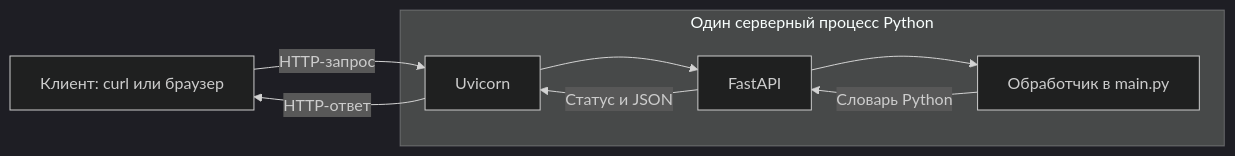
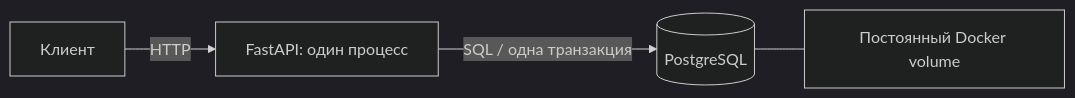
The diagram in README.md (Lev294/delivery-lab), drawn with Mermaid (dark theme) before and after one commit. The commit also changed other lines of this file and 26 other files, not shown here.

Commit message:
feat: add transactional orders and reproducible PostgreSQL stack

````diff
--- a/README.md
+++ b/README.md
@@ -73,11 +78,6 @@
 ```mermaid
 flowchart LR
-    C[Клиент: curl или браузер] -->|HTTP-запрос| U
-    subgraph P[Один серверный процесс Python]
-        U[Uvicorn] --> F[FastAPI]
-        F --> H[Обработчик в main.py]
-        H -->|Словарь Python| F
-        F -->|Статус и JSON| U
-    end
-    U -->|HTTP-ответ| C
+  C[Клиент] -->|HTTP| A[FastAPI: один процесс]
+  A -->|SQL / одна транзакция| P[(PostgreSQL)]
+  P --- V[Постоянный Docker volume]
 ```
````
